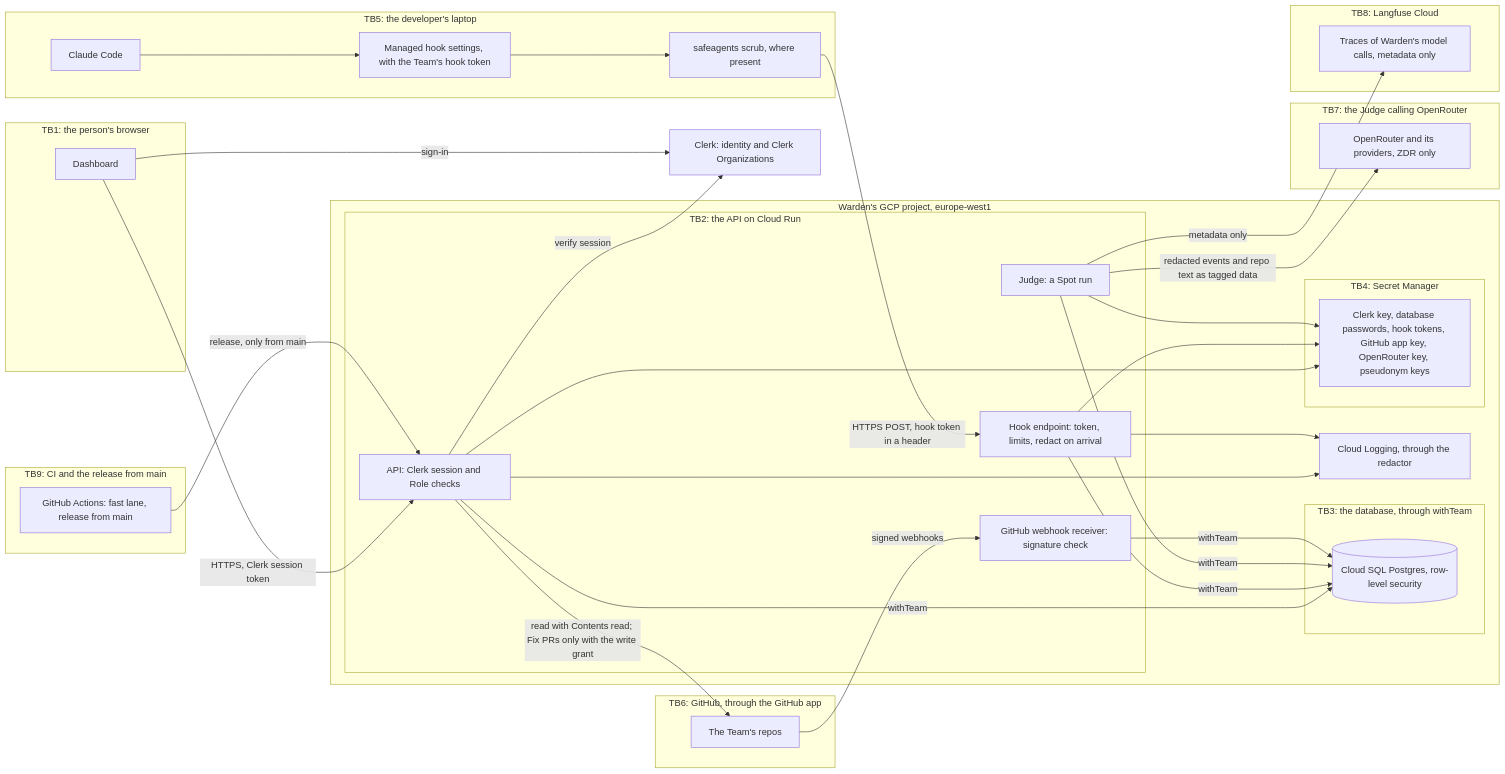
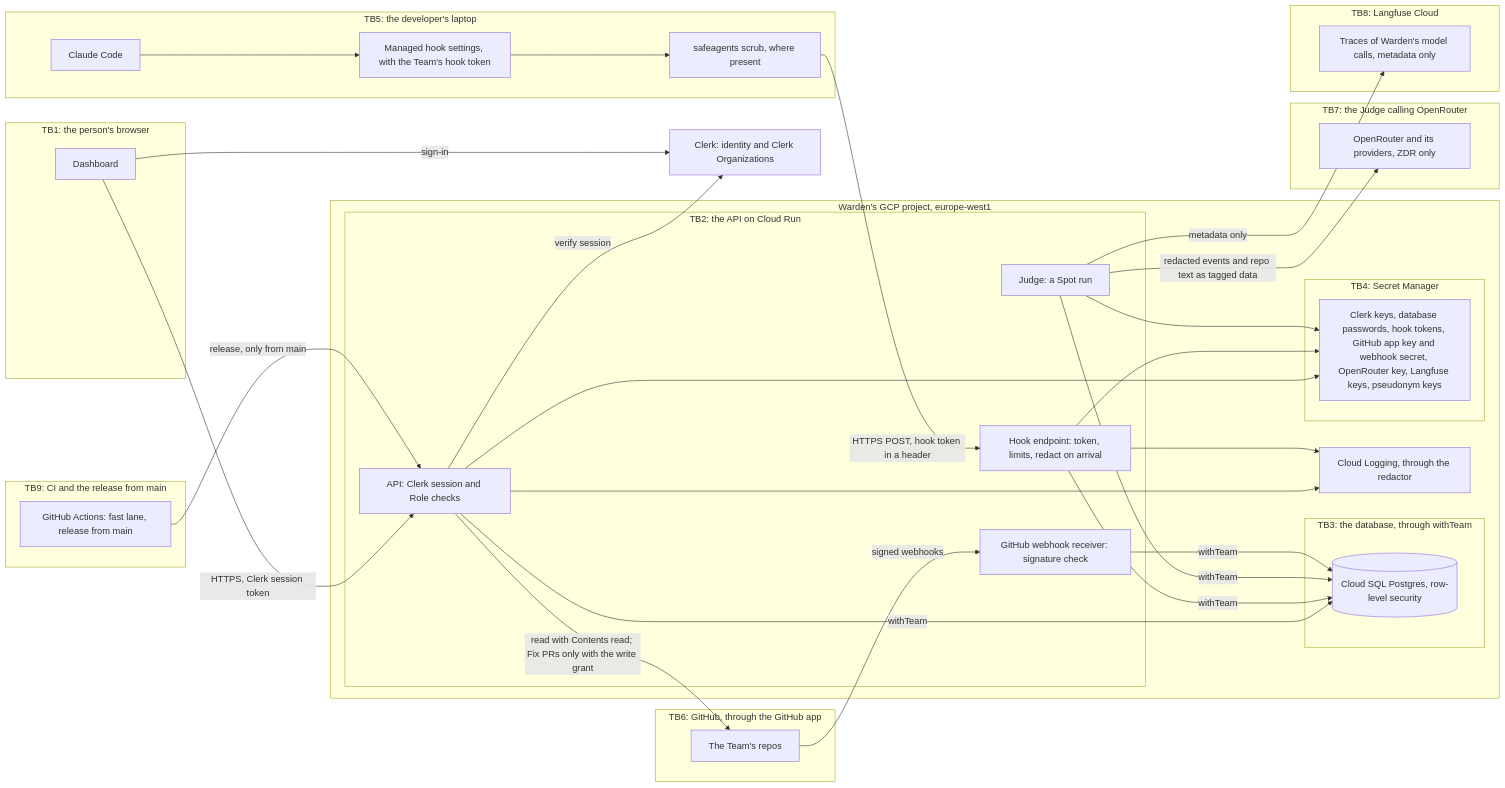
One commit to DerykHopley/warden changed the diagram in docs/threat-model.md. Above: the diagram before and after it, drawn with Mermaid. The commit also changed other lines of this file and 3 other files, not shown here.

````diff
--- a/docs/threat-model.md
+++ b/docs/threat-model.md
@@ -30,67 +30,67 @@
 ```mermaid
 flowchart LR
   subgraph TB1["TB1: the person's browser"]
     UI["Dashboard"]
   end
 
   subgraph TB5["TB5: the developer's laptop"]
     CC["Claude Code"]
     MH["Managed hook settings, with the Team's hook token"]
     SA["safeagents scrub, where present"]
     CC --> MH
     MH --> SA
   end
 
   subgraph GCP["Warden's GCP project, europe-west1"]
     subgraph TB2["TB2: the API on Cloud Run"]
       API["API: Clerk session and Role checks"]
       HOOK["Hook endpoint: token, limits, redact on arrival"]
       WH["GitHub webhook receiver: signature check"]
       JUDGE["Judge: a Spot run"]
     end
     subgraph TB3["TB3: the database, through withTeam"]
       DB[("Cloud SQL Postgres, row-level security")]
     end
     subgraph TB4["TB4: Secret Manager"]
-      SM["Clerk key, database passwords, hook tokens, GitHub app key, OpenRouter key, pseudonym keys"]
+      SM["Clerk keys, database passwords, hook tokens, GitHub app key and webhook secret, OpenRouter key, Langfuse keys, pseudonym keys"]
     end
     LOG["Cloud Logging, through the redactor"]
   end
 
   subgraph TB6["TB6: GitHub, through the GitHub app"]
     GH["The Team's repos"]
   end
 
   subgraph TB7["TB7: the Judge calling OpenRouter"]
     OR["OpenRouter and its providers, ZDR only"]
   end
 
   subgraph TB8["TB8: Langfuse Cloud"]
     LF["Traces of Warden's model calls, metadata only"]
   end
 
   subgraph TB9["TB9: CI and the release from main"]
     CI["GitHub Actions: fast lane, release from main"]
   end
 
   CLERK["Clerk: identity and Clerk Organizations"]
 
   UI -->|"HTTPS, Clerk session token"| API
   UI -->|"sign-in"| CLERK
   API -->|"verify session"| CLERK
   SA -->|"HTTPS POST, hook token in a header"| HOOK
   API -->|"withTeam"| DB
   HOOK -->|"withTeam"| DB
   JUDGE -->|"withTeam"| DB
   WH -->|"withTeam"| DB
   API --> SM
   HOOK --> SM
   JUDGE --> SM
   GH -->|"signed webhooks"| WH
   API -->|"read with Contents read; Fix PRs only with the write grant"| GH
   JUDGE -->|"redacted events and repo text as tagged data"| OR
   JUDGE -->|"metadata only"| LF
   API --> LOG
   HOOK --> LOG
   CI -->|"release, only from main"| API
 ```
````
